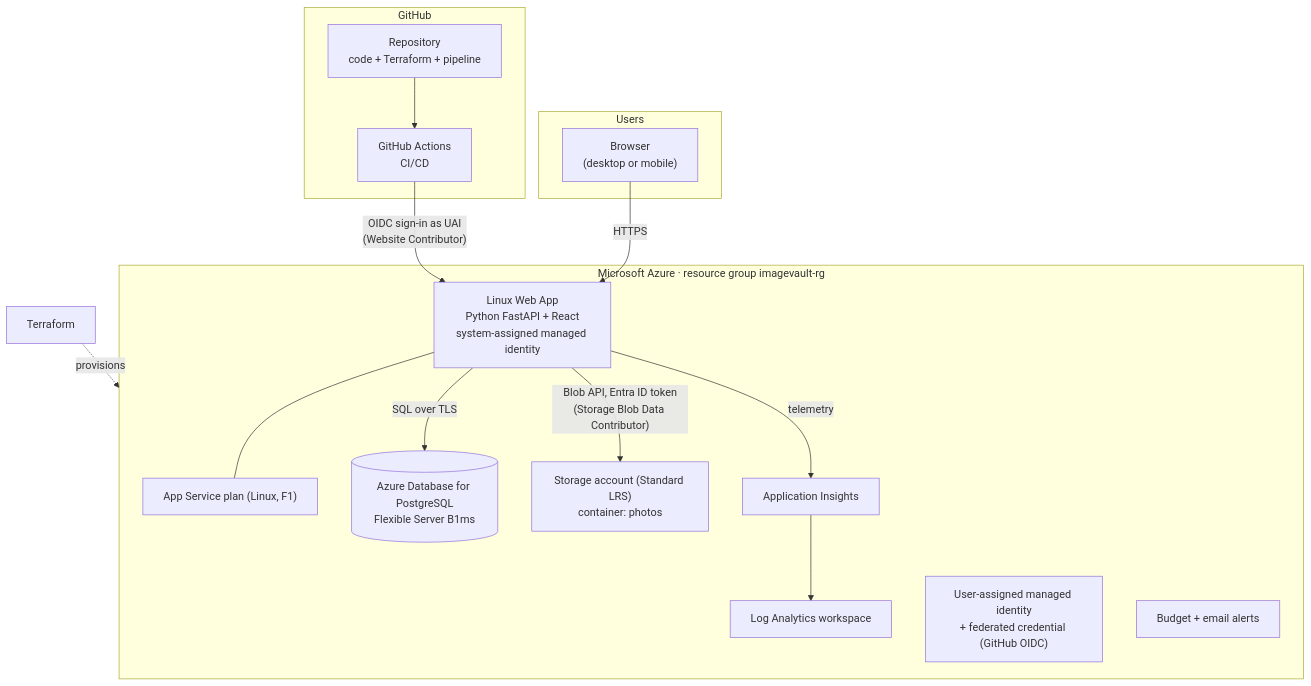
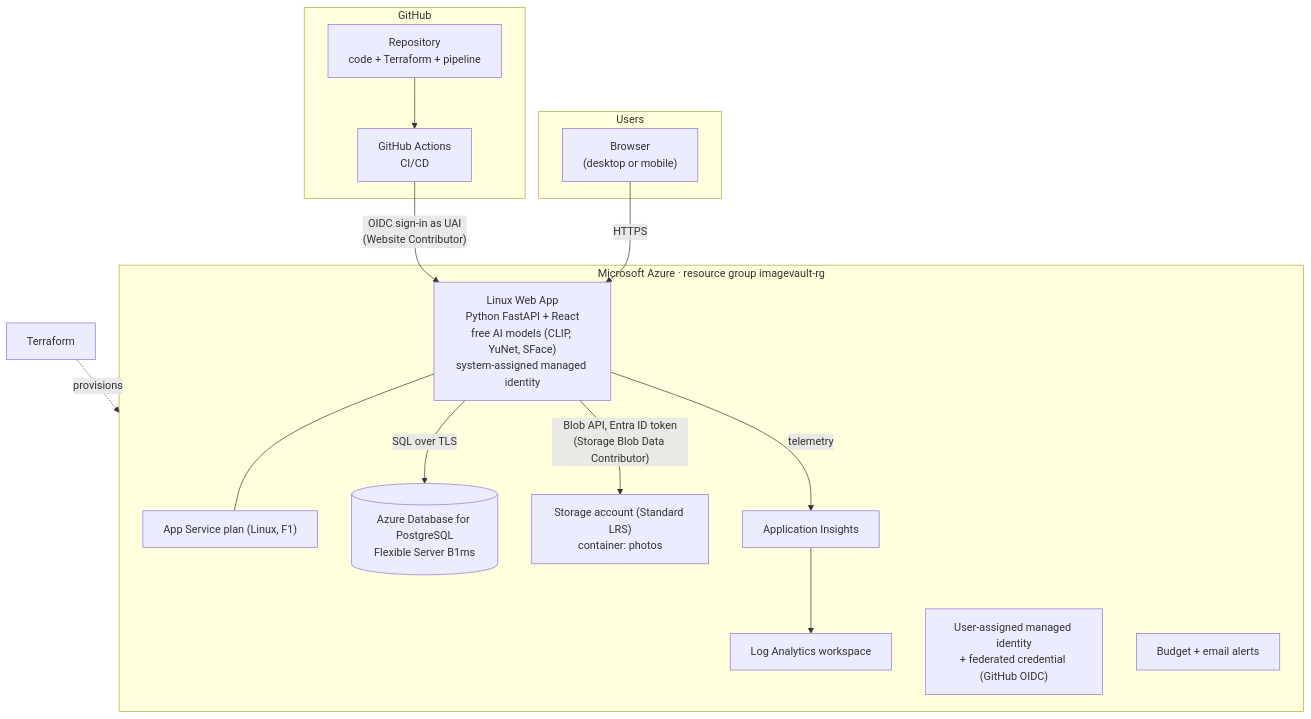
Before and after one commit to Arnav-Dugad/imagevault-ai: the first of 4 diagrams in docs/technical-design-document.md, drawn with Mermaid. The commit also changed other lines of this file and 36 other files, not shown here.

````diff
--- a/docs/technical-design-document.md
+++ b/docs/technical-design-document.md
@@ -53,28 +56,28 @@
 ```mermaid
 flowchart TB
     subgraph Users
       B["Browser<br/>(desktop or mobile)"]
     end
     subgraph GitHub
       R["Repository<br/>code + Terraform + pipeline"]
       GA["GitHub Actions<br/>CI/CD"]
     end
     subgraph Azure["Microsoft Azure · resource group imagevault-rg"]
       ASP["App Service plan (Linux, F1)"]
-      WEB["Linux Web App<br/>Python FastAPI + React<br/>system-assigned managed identity"]
+      WEB["Linux Web App<br/>Python FastAPI + React<br/>free AI models (CLIP, YuNet, SFace)<br/>system-assigned managed identity"]
       PG[("Azure Database for PostgreSQL<br/>Flexible Server B1ms")]
       ST["Storage account (Standard LRS)<br/>container: photos"]
       AI["Application Insights"]
       LA["Log Analytics workspace"]
       UAI["User-assigned managed identity<br/>+ federated credential (GitHub OIDC)"]
       BUD["Budget + email alerts"]
     end
     B -- HTTPS --> WEB
     WEB --- ASP
     WEB -- "SQL over TLS" --> PG
     WEB -- "Blob API, Entra ID token<br/>(Storage Blob Data Contributor)" --> ST
     WEB -- telemetry --> AI --> LA
     R --> GA
     GA -- "OIDC sign-in as UAI<br/>(Website Contributor)" --> WEB
     TF["Terraform"] -. provisions .-> Azure
 ```
````
